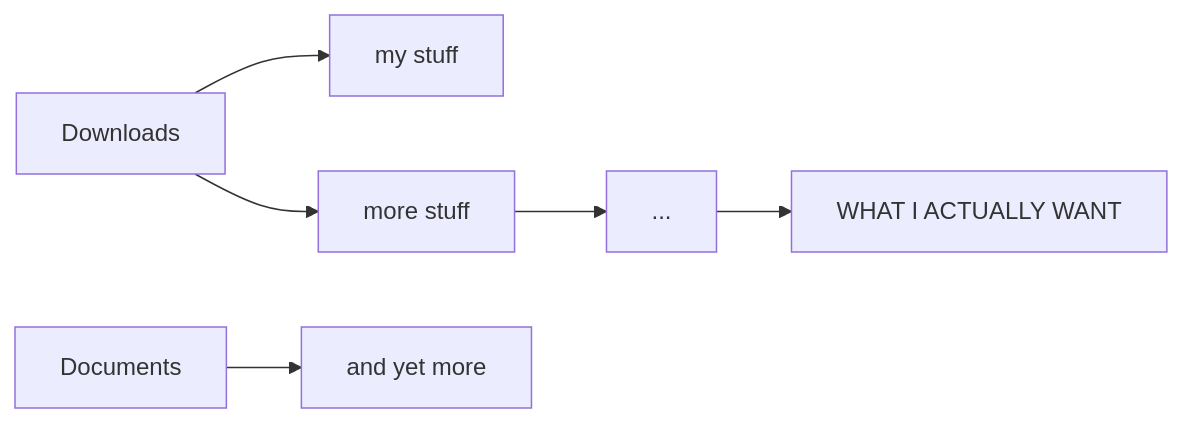
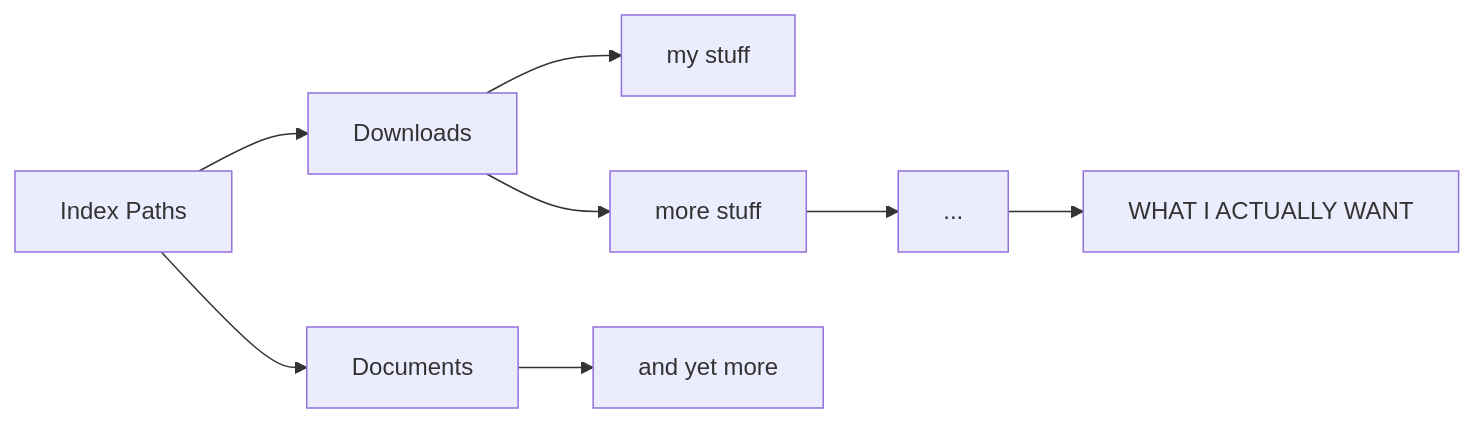
The diagram in README.md (pxp888/quickfinder), drawn with Mermaid before and after one commit.

````diff
--- a/README.md
+++ b/README.md
@@ -11,9 +11,12 @@
 ```mermaid
 graph LR
-A[Downloads] --> D[my stuff]
+Z[Index Paths]--> A[Downloads]
+A --> D[my stuff]
 C[Documents] --> E[and yet more]
 A --> B[more stuff]
 B-->F[...]
 F-->G[WHAT I ACTUALLY WANT]
+Z --> C
+
 
 ```
````
